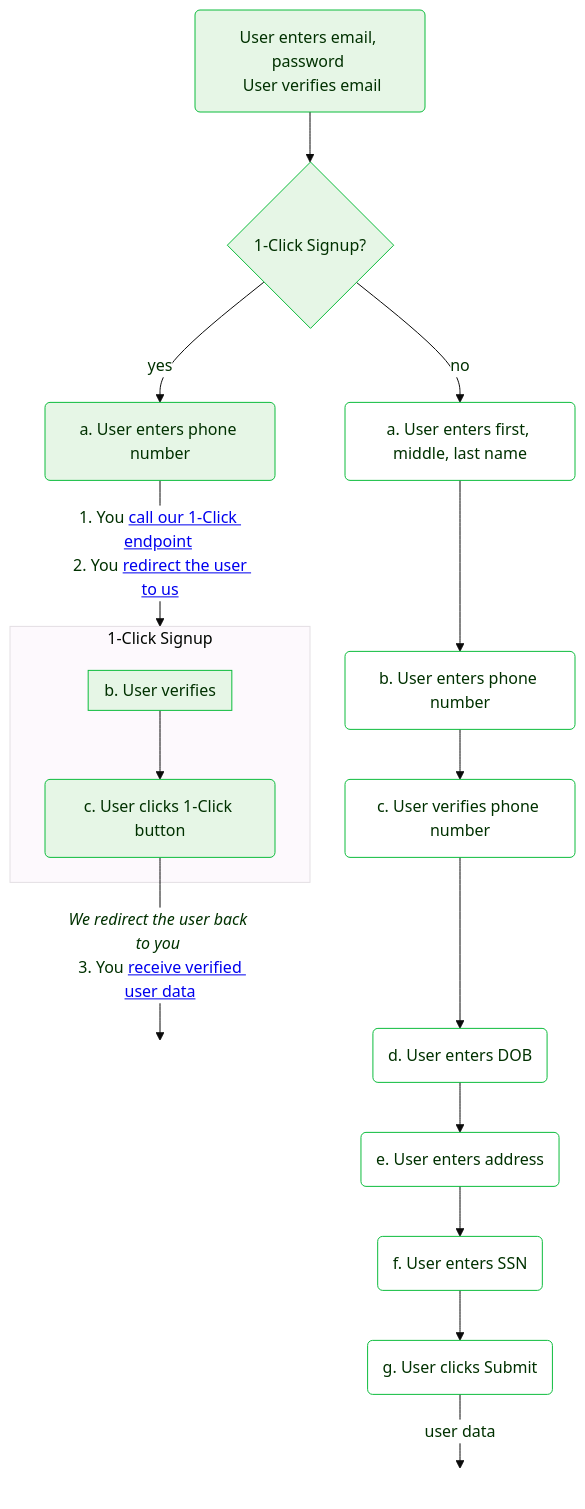
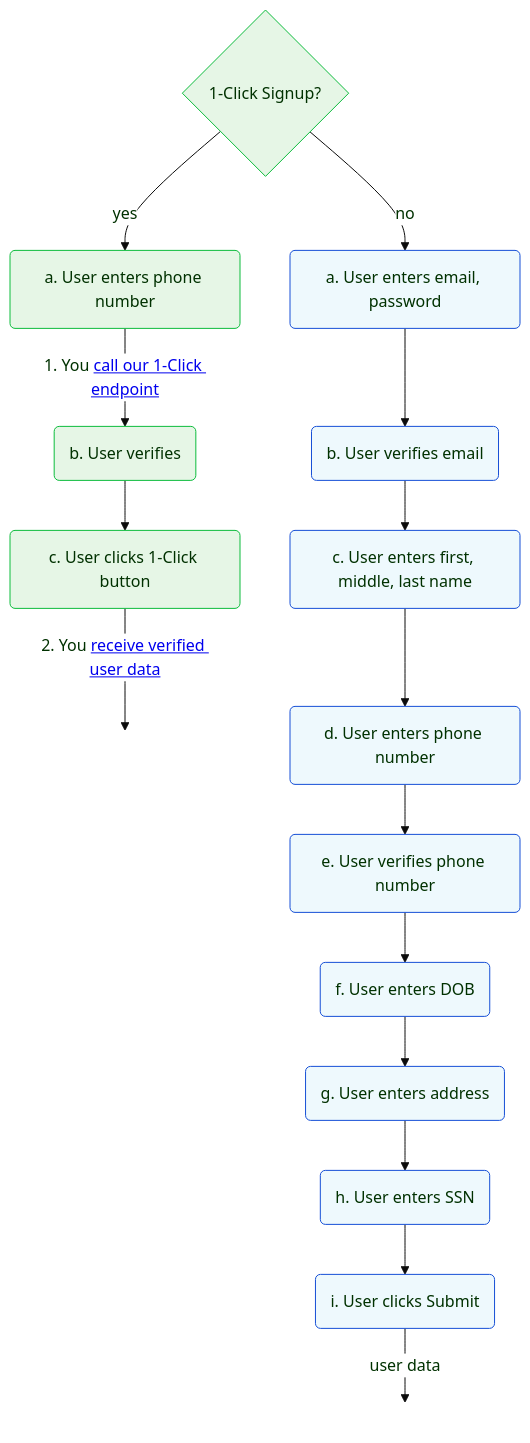
The fifth of 7 diagrams in docs/kikoff-1-click-signup.mdx (VerifiedInc/VerifiedInc.github.io), drawn with Mermaid before and after one commit. The commit also changed other lines of this file and 18 other files, not shown here.

````diff
--- a/docs/kikoff-1-click-signup.mdx
+++ b/docs/kikoff-1-click-signup.mdx
@@ -235,47 +305,45 @@
-```mermaid
-%%{
-    init: {
-        'theme': 'base',
-        'themeVariables': {
-            'primaryColor': '#e6f6e6',
-            'primaryTextColor': '#003100',
-            'primaryBorderColor': '#0dbc3d',
-            'secondaryColor': '#eef9fd',
-            'secondaryTextColor': '#193c47',
-            'secondaryBorderColor': '#164fd6',
-            'edgeLabelBackground': '#ffffff',
-            'textColor': '#000000',
-            'fontFamily': 'Lato'
-        }
-    }
-}%%
-flowchart TD
-    A("User enters email, password \n User verifies email") --> B{1-Click Signup?}
-    B -->|yes| C(a. User enters phone number)
-    C -->|1. You <a href="#call-1-click-endpoint">call our 1-Click endpoint</a> \n 2. You <a href="#redirect-user">redirect the user to us</a>| 1-click-signup
-    subgraph 1-click-signup [1-Click Signup]
-        subgraph user-verifies[b. User verifies]
-        end
-        user-verifies --> H(c. User clicks 1-Click button)
-    end
-    H -->|<i>We redirect the user back to you</i> \n 3. You <a href="#receive-user-data">receive verified user data</a>| J[ ] 
-    B -->|no| K(a. User enters first, middle, last name)
-    K --> L(b. User enters phone number)
-    L --> M(c. User verifies phone number)
-    M --> N(d. User enters DOB)
-    N --> O(e. User enters address)
-    O --> P(f. User enters SSN)
-    P --> Q(g. User clicks Submit)
-    Q -->|user data| R[ ]
+        ```mermaid
+        %%{
+            init: {
+                'theme': 'base',
+                'themeVariables': {
+                    'primaryColor': '#e6f6e6',
+                    'primaryTextColor': '#003100',
+                    'primaryBorderColor': '#0dbc3d',
+                    'secondaryColor': '#eef9fd',
+                    'secondaryTextColor': '#193c47',
+                    'secondaryBorderColor': '#164fd6',
+                    'edgeLabelBackground': '#ffffff',
+                    'textColor': '#000000',
+                    'fontFamily': 'Lato'
+                }
+            }
+        }%%
+        flowchart TD
+            A{1-Click Signup?} -->|yes| B(a. User enters phone number)
+            B -->|1. You <a href="#call-1-click-endpoint">call our 1-Click endpoint</a>| C(b. User verifies) --> G(c. User clicks 1-Click button)
+            G -->|2. You <a href="#receive-user-data">receive verified user data</a>| H[ ] 
+            A -->|no| J(a. User enters email, password)
+            J --> K(b. User verifies email)
+            K --> L(c. User enters first, middle, last name)
+            L --> M(d. User enters phone number)
+            M --> N(e. User verifies phone number)
+            N --> O(f. User enters DOB)
+            O --> P(g. User enters address)
+            P --> Q(h. User enters SSN)
+            Q --> R(i. User clicks Submit)
+            R -->|user data| S[ ]
 
-    style J fill-opacity:0, stroke-opacity:0;
-    style R fill-opacity:0, stroke-opacity:0;
+            style H fill-opacity:0, stroke-opacity:0;
+            style S fill-opacity:0, stroke-opacity:0;
 
-    style K fill-opacity:0;
-    style L fill-opacity:0;
-    style M fill-opacity:0;
-    style N fill-opacity:0;
-    style O fill-opacity:0;
-    style P fill-opacity:0;
-    style Q fill-opacity:0;
-```
+            style J fill:#eef9fd, stroke:#164fd6;
+            style K fill:#eef9fd, stroke:#164fd6;
+            style L fill:#eef9fd, stroke:#164fd6;
+            style M fill:#eef9fd, stroke:#164fd6;
+            style N fill:#eef9fd, stroke:#164fd6;
+            style O fill:#eef9fd, stroke:#164fd6;
+            style P fill:#eef9fd, stroke:#164fd6;
+            style Q fill:#eef9fd, stroke:#164fd6;
+            style R fill:#eef9fd, stroke:#164fd6;
+        ```
````
